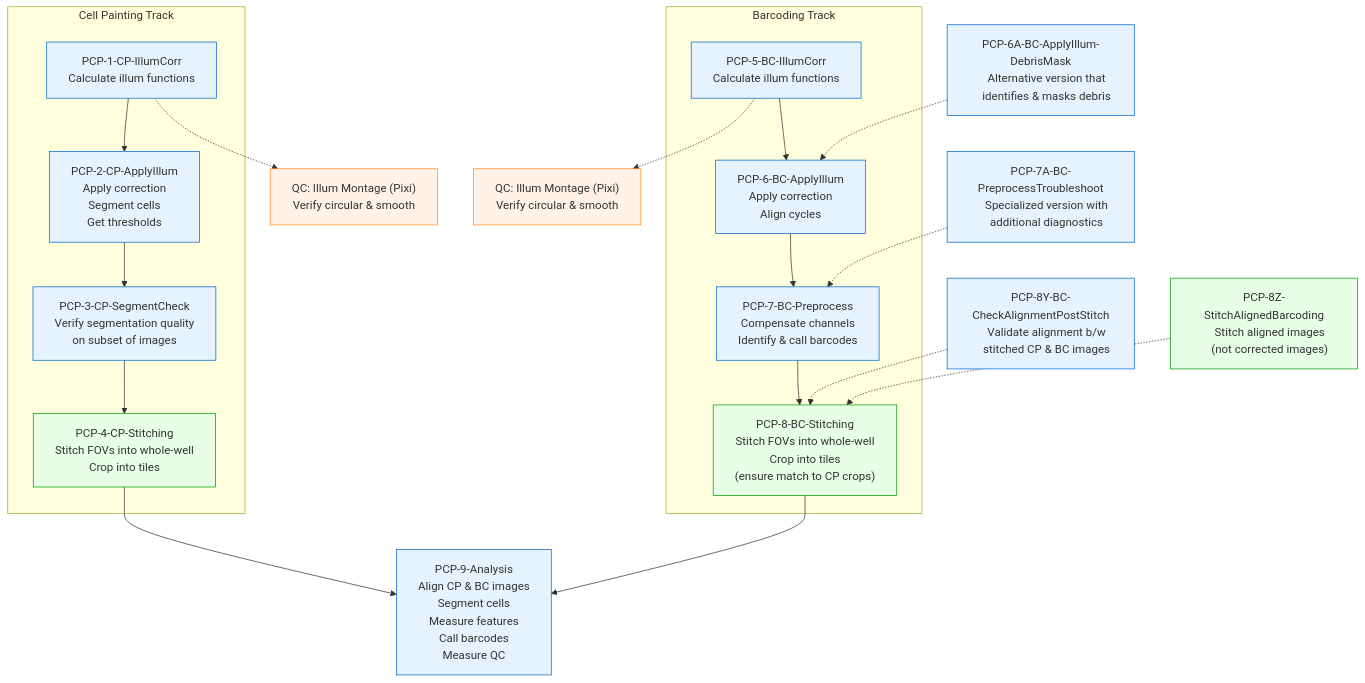
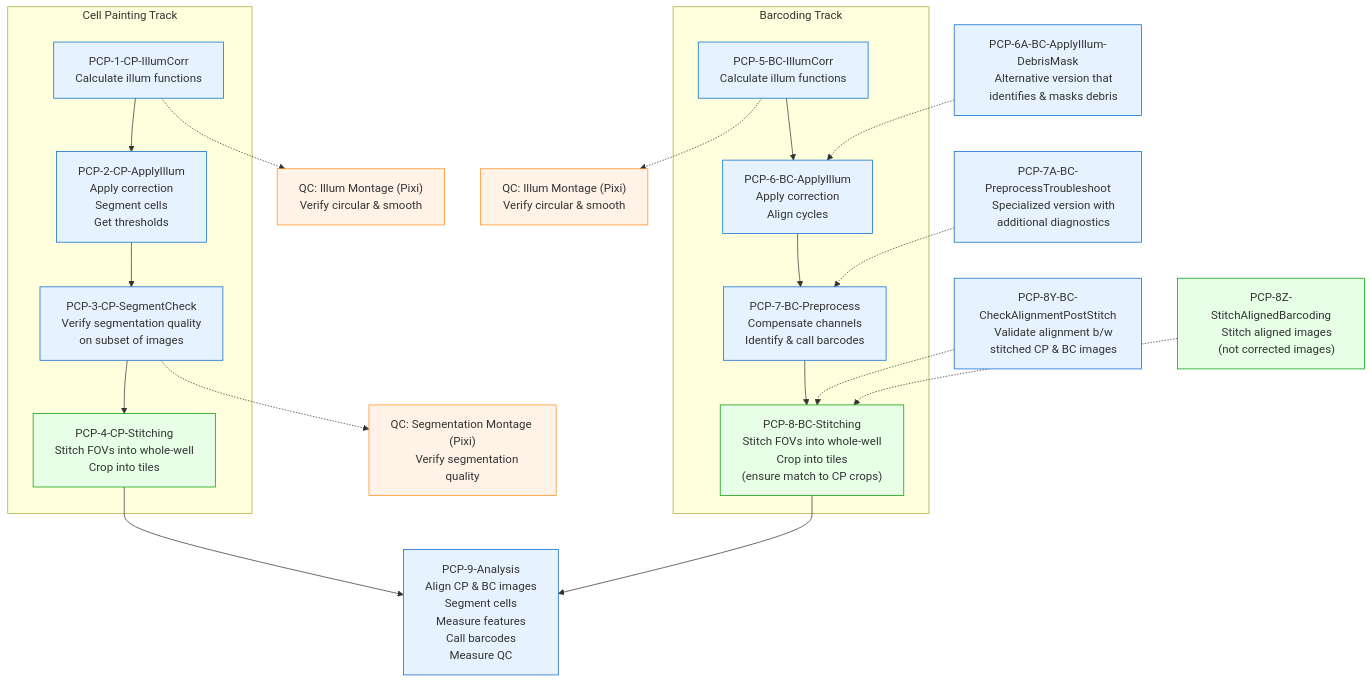
The diagram in pcpip/README.md (broadinstitute/nf-pooled-cellpainting-assets), drawn with Mermaid before and after one commit. The commit also changed other lines of this file and 2 other files, not shown here.

Commit message:
feat: add segmentation QC visualization and improve montage script flexibility
- Add segmentation QC step (3_qc_seg) to PCPIP workflow for visual validation
- Refactor montage.py to extract identifier from input directory path instead of requiring explicit parameter
- Fix pipeline type values in QC config (painting→illum_painting, barcoding→illum_barcoding)
- Update README with new segmentation QC step in workflow documentation
- Simplify montage script interface by removing redundant identifier argument

The montage script now automatically extracts the identifier (plate/well) from the input directory basename,
making it more flexible for different organizational levels (plate-level, well-level, etc).

🤖 Generated with [Claude Code](https://claude.ai/code)

````diff
--- a/pcpip/README.md
+++ b/pcpip/README.md
@@ -57,71 +58,74 @@
 ```mermaid
 flowchart TD
     %% Main pipelines with detailed descriptions
     subgraph "Cell Painting Track"
         PCP1["PCP-1-CP-IllumCorr
         Calculate illum functions"] -->
         PCP2["PCP-2-CP-ApplyIllum
         Apply correction
         Segment cells
         Get thresholds"] -->
         PCP3["PCP-3-CP-SegmentCheck
         Verify segmentation quality
         on subset of images"]
         PCP3 --> PCP4["PCP-4-CP-Stitching
         Stitch FOVs into whole-well
         Crop into tiles"]
     end
 
     subgraph "Barcoding Track"
         PCP5["PCP-5-BC-IllumCorr
         Calculate illum functions"] -->
         PCP6["PCP-6-BC-ApplyIllum
         Apply correction
         Align cycles"] -->
         PCP7["PCP-7-BC-Preprocess
         Compensate channels
         Identify & call barcodes"] -->
         PCP8["PCP-8-BC-Stitching
         Stitch FOVs into whole-well
         Crop into tiles
         (ensure match to CP crops)"]
     end
 
     PCP4 & PCP8 --> PCP9["PCP-9-Analysis
         Align CP & BC images
         Segment cells
         Measure features
         Call barcodes
         Measure QC"]
 
     %% Troubleshooting/specialized pipelines
     PCP8Y["PCP-8Y-BC-CheckAlignmentPostStitch
     Validate alignment b/w
     stitched CP & BC images"] -.-> PCP8
     PCP8Z["PCP-8Z-StitchAlignedBarcoding
     Stitch aligned images
     (not corrected images)"] -.-> PCP8
 
     PCP7A["PCP-7A-BC-PreprocessTroubleshoot
     Specialized version with
     additional diagnostics"] -.-> PCP7
 
     PCP6A["PCP-6A-BC-ApplyIllum-DebrisMask
     Alternative version that
     identifies & masks debris"] -.-> PCP6
 
     PCP1 -.-> QC1["QC: Illum Montage (Pixi)
     Verify circular & smooth"]
 
+    PCP3 -.-> QC3["QC: Segmentation Montage (Pixi)
+    Verify segmentation quality"]
+
     PCP5 -.-> QC5["QC: Illum Montage (Pixi)
     Verify circular & smooth"]
 
     %% Processing platforms
     classDef cellprofiler fill:#e6f3ff,stroke:#0066cc
     classDef fiji fill:#e6ffe6,stroke:#009900
     classDef qc fill:#fff2e6,stroke:#ff8c1a
 
     class PCP1,PCP2,PCP3,PCP5,PCP6,PCP7,PCP7A,PCP8Y,PCP9,PCP6A cellprofiler
     class PCP4,PCP8,PCP8Z fiji
-    class QC1,QC5 qc
+    class QC1,QC3,QC5 qc
 ```
````
